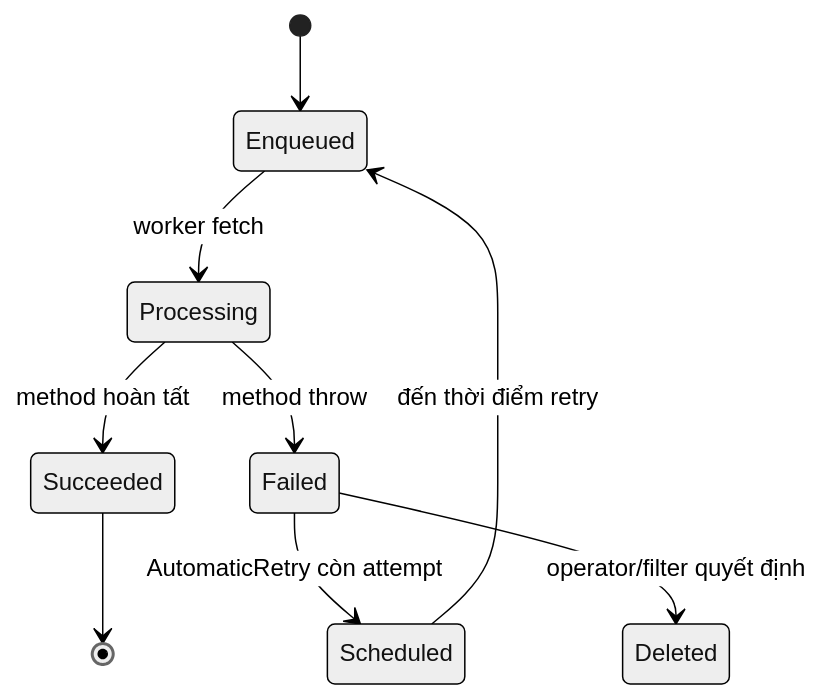
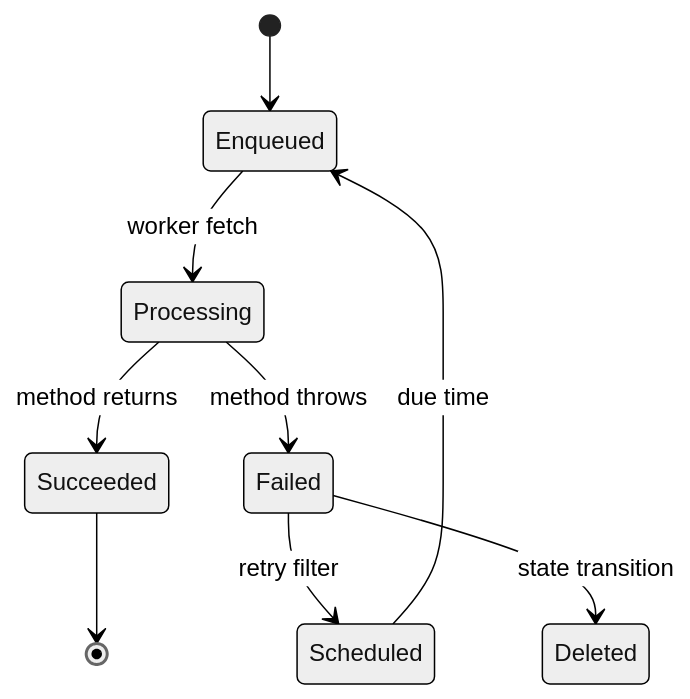
The fourth of 10 diagrams in src/assets/docs/dotnet-core/hangfire.md (trungdev26/angular-internals), drawn with Mermaid (neutral theme) before and after one commit. The commit also changed other lines of this file, not shown here.

````diff
--- a/src/assets/docs/dotnet-core/hangfire.md
+++ b/src/assets/docs/dotnet-core/hangfire.md
@@ -228,11 +173,11 @@
 ```mermaid
 stateDiagram-v2
     [*] --> Enqueued
     Enqueued --> Processing: worker fetch
-    Processing --> Succeeded: method hoàn tất
-    Processing --> Failed: method throw
-    Failed --> Scheduled: AutomaticRetry còn attempt
-    Scheduled --> Enqueued: đến thời điểm retry
-    Failed --> Deleted: operator/filter quyết định
+    Processing --> Succeeded: method returns
+    Processing --> Failed: method throws
+    Failed --> Scheduled: retry filter
+    Scheduled --> Enqueued: due time
+    Failed --> Deleted: state transition
     Succeeded --> [*]
 ```
````
